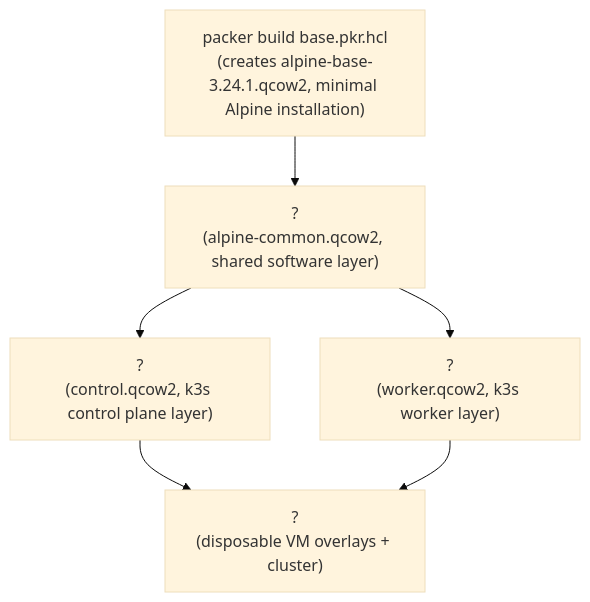
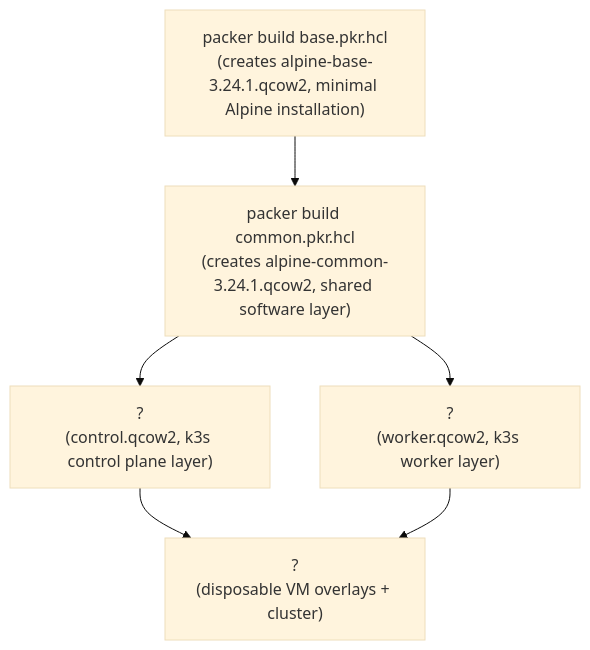
One commit to fumikofu/infra-labs changed the diagram in README.md. Above: the diagram before and after it, drawn with Mermaid (base theme). The commit also changed other lines of this file and 2 other files, not shown here.

Commit message:
build(alpine): switch to SSH keys and add common image layer

````diff
--- a/README.md
+++ b/README.md
@@ -7,16 +7,16 @@
 ```mermaid
 flowchart TB
     A["packer build base.pkr.hcl<br/>(creates alpine-base-3.24.1.qcow2, minimal Alpine installation)"]
-    B["?<br/>(alpine-common.qcow2, shared software layer)"]
+    B["packer build common.pkr.hcl<br/>(creates alpine-common-3.24.1.qcow2, shared software layer)"]
 
     C["?<br/>(control.qcow2, k3s control plane layer)"]
     D["?<br/>(worker.qcow2, k3s worker layer)"]
 
     E["?<br/>(disposable VM overlays + cluster)"]
 
     A --> B
     B --> C
     B --> D
     C --> E
     D --> E
 ```
````
